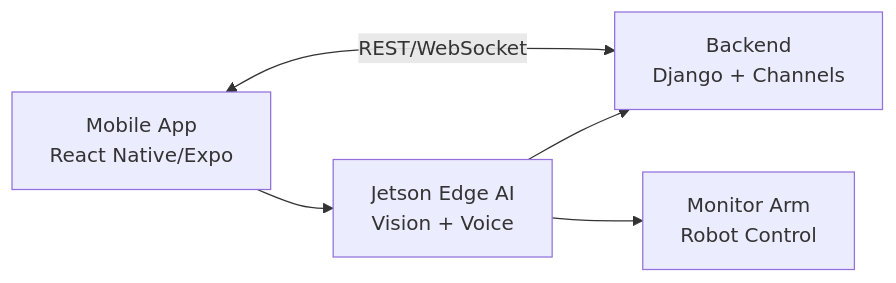
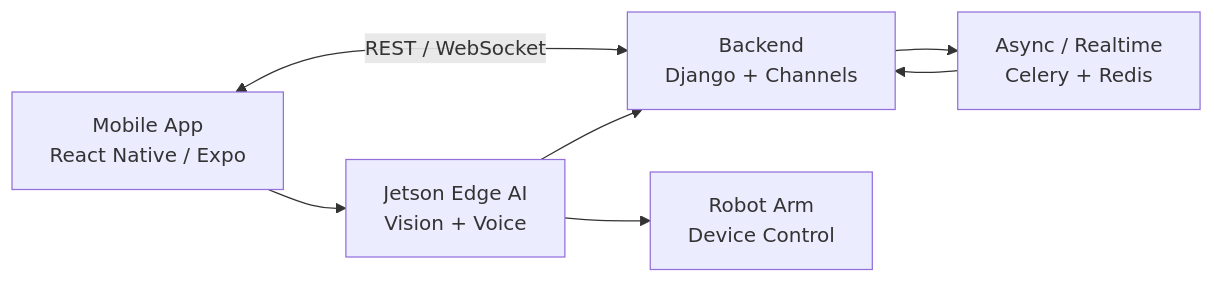
The diagram in README.md (daeyeonkkk/SARVIS), drawn with Mermaid before and after one commit. The commit also changed other lines of this file and 343 other files, not shown here.

````diff
--- a/README.md
+++ b/README.md
@@ -36,12 +52,15 @@
 ```mermaid
 flowchart LR
-  APP["Mobile App<br/>React Native/Expo"]
+  APP["Mobile App<br/>React Native / Expo"]
   API["Backend<br/>Django + Channels"]
+  QUEUE["Async / Realtime<br/>Celery + Redis"]
   EDGE["Jetson Edge AI<br/>Vision + Voice"]
-  ARM["Monitor Arm<br/>Robot Control"]
+  ARM["Robot Arm<br/>Device Control"]
 
-  APP <-->|REST/WebSocket| API
+  APP <-->|REST / WebSocket| API
+  API --> QUEUE
   EDGE --> API
   APP --> EDGE
   EDGE --> ARM
+  QUEUE --> API
 ```
````
